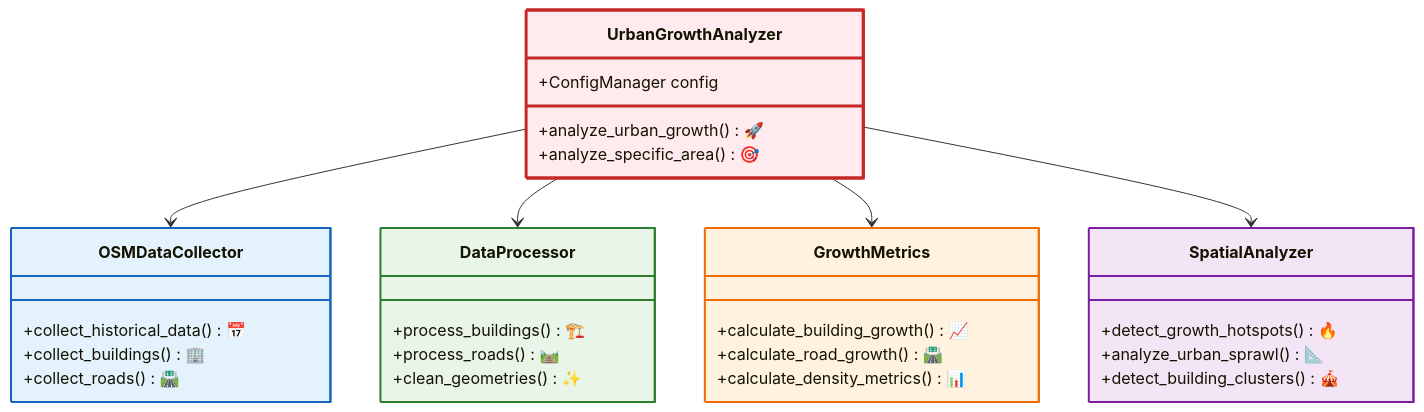
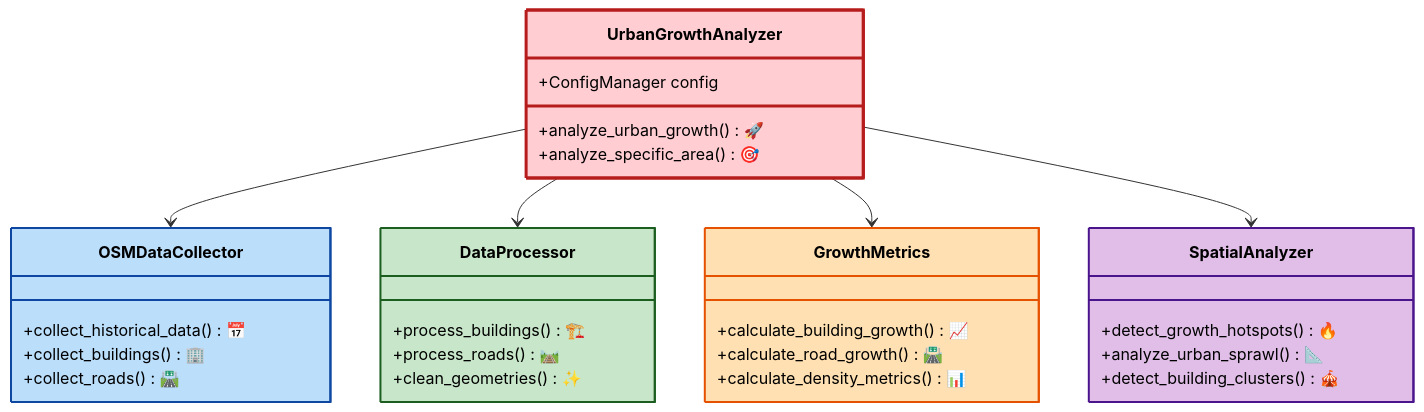
Before and after one commit to gregorizeidler/osm-urban-growth-analyzer: the fourth of 4 diagrams in README.md, drawn with Mermaid. The commit also changed other lines of this file, not shown here.

First line of the commit message:
📊 Improve diagram readability

````diff
--- a/README.md
+++ b/README.md
@@ -336,43 +336,43 @@
 ```mermaid
 classDiagram
     class UrbanGrowthAnalyzer {
         +ConfigManager config
         +analyze_urban_growth() 🚀
         +analyze_specific_area() 🎯
     }
     
     class OSMDataCollector {
         +collect_historical_data() 📅
         +collect_buildings() 🏢
         +collect_roads() 🛣️
     }
     
     class DataProcessor {
         +process_buildings() 🏗️
         +process_roads() 🛤️
         +clean_geometries() ✨
     }
     
     class GrowthMetrics {
         +calculate_building_growth() 📈
         +calculate_road_growth() 🛣️
         +calculate_density_metrics() 📊
     }
     
     class SpatialAnalyzer {
         +detect_growth_hotspots() 🔥
         +analyze_urban_sprawl() 📐
         +detect_building_clusters() 🎪
     }
     
     UrbanGrowthAnalyzer --> OSMDataCollector
     UrbanGrowthAnalyzer --> DataProcessor
     UrbanGrowthAnalyzer --> GrowthMetrics
     UrbanGrowthAnalyzer --> SpatialAnalyzer
     
-    style UrbanGrowthAnalyzer fill:#ffebee,stroke:#c62828,stroke-width:3px
-    style OSMDataCollector fill:#e3f2fd,stroke:#1565c0,stroke-width:2px
-    style DataProcessor fill:#e8f5e8,stroke:#2e7d32,stroke-width:2px
-    style GrowthMetrics fill:#fff3e0,stroke:#ef6c00,stroke-width:2px
-    style SpatialAnalyzer fill:#f3e5f5,stroke:#7b1fa2,stroke-width:2px
+    style UrbanGrowthAnalyzer fill:#ffcdd2,stroke:#b71c1c,stroke-width:3px,color:#000
+    style OSMDataCollector fill:#bbdefb,stroke:#0d47a1,stroke-width:2px,color:#000
+    style DataProcessor fill:#c8e6c9,stroke:#1b5e20,stroke-width:2px,color:#000
+    style GrowthMetrics fill:#ffe0b2,stroke:#e65100,stroke-width:2px,color:#000
+    style SpatialAnalyzer fill:#e1bee7,stroke:#4a148c,stroke-width:2px,color:#000
 ```
````
